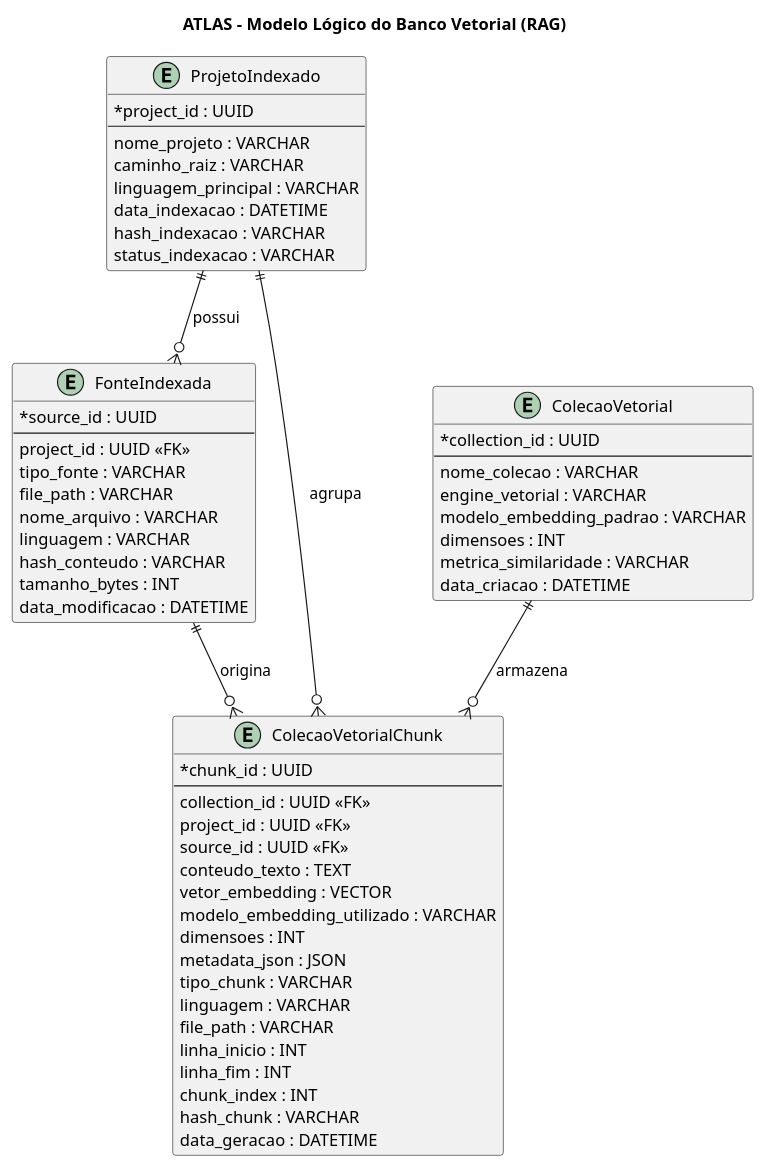
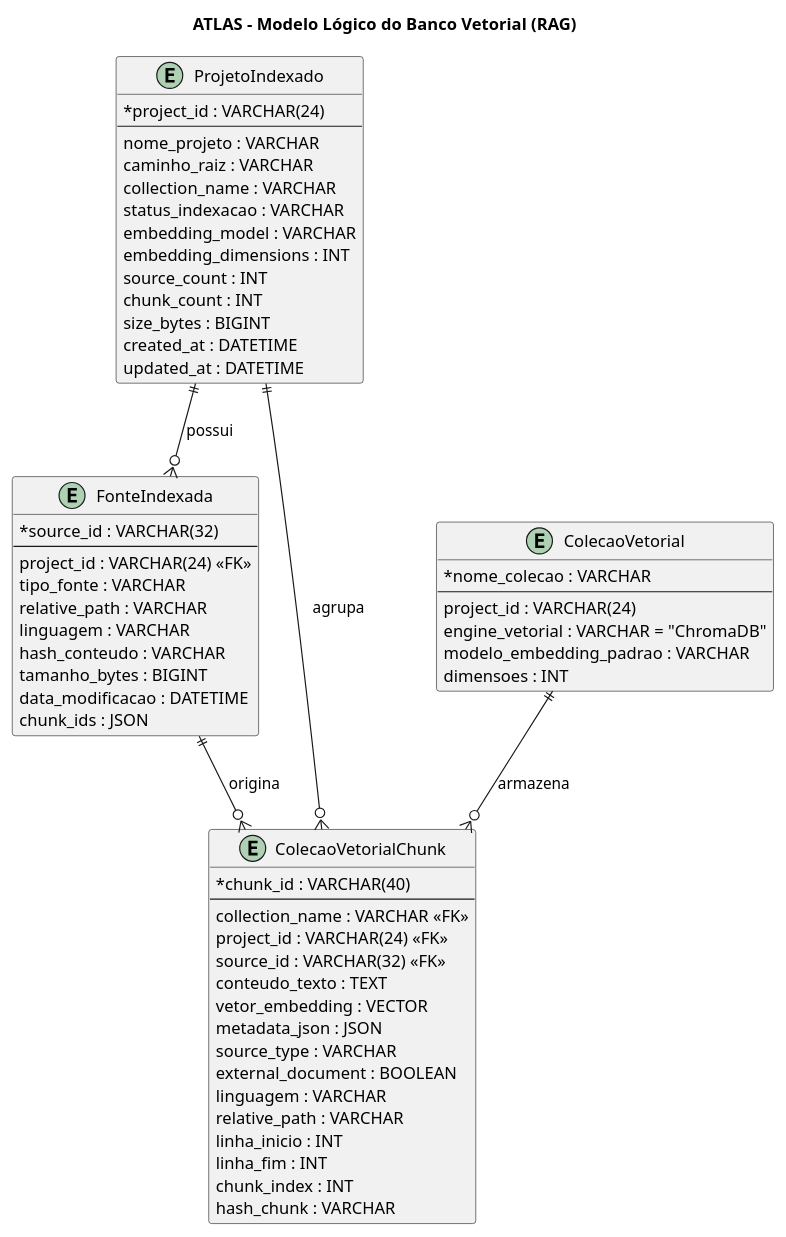
Before and after one commit to JVictorVI/ATLAS: the seventh of 7 diagrams in docs/plantuml-diagramas-gerais-atlas.md, drawn with PlantUML. The commit also changed other lines of this file and 22 other files, not shown here.

````diff
--- a/docs/plantuml-diagramas-gerais-atlas.md
+++ b/docs/plantuml-diagramas-gerais-atlas.md
@@ -745,69 +814,70 @@
 ```plantuml
 @startuml
 skinparam shadowing false
 skinparam classAttributeIconSize 0
 skinparam packageStyle rectangle
 title ATLAS - Modelo Lógico do Banco Vetorial (RAG)
 
 entity "ProjetoIndexado" as Projeto {
-  *project_id : UUID
+  *project_id : VARCHAR(24)
   --
   nome_projeto : VARCHAR
   caminho_raiz : VARCHAR
-  linguagem_principal : VARCHAR
-  data_indexacao : DATETIME
-  hash_indexacao : VARCHAR
+  collection_name : VARCHAR
   status_indexacao : VARCHAR
+  embedding_model : VARCHAR
+  embedding_dimensions : INT
+  source_count : INT
+  chunk_count : INT
+  size_bytes : BIGINT
+  created_at : DATETIME
+  updated_at : DATETIME
 }
 
 entity "FonteIndexada" as Fonte {
-  *source_id : UUID
+  *source_id : VARCHAR(32)
   --
-  project_id : UUID <<FK>>
+  project_id : VARCHAR(24) <<FK>>
   tipo_fonte : VARCHAR
-  file_path : VARCHAR
-  nome_arquivo : VARCHAR
+  relative_path : VARCHAR
   linguagem : VARCHAR
   hash_conteudo : VARCHAR
-  tamanho_bytes : INT
+  tamanho_bytes : BIGINT
   data_modificacao : DATETIME
+  chunk_ids : JSON
 }
 
 entity "ColecaoVetorial" as Colecao {
-  *collection_id : UUID
+  *nome_colecao : VARCHAR
   --
-  nome_colecao : VARCHAR
-  engine_vetorial : VARCHAR
+  project_id : VARCHAR(24)
+  engine_vetorial : VARCHAR = "ChromaDB"
   modelo_embedding_padrao : VARCHAR
   dimensoes : INT
-  metrica_similaridade : VARCHAR
-  data_criacao : DATETIME
 }
 
 entity "ColecaoVetorialChunk" as Chunk {
-  *chunk_id : UUID
+  *chunk_id : VARCHAR(40)
   --
-  collection_id : UUID <<FK>>
-  project_id : UUID <<FK>>
-  source_id : UUID <<FK>>
+  collection_name : VARCHAR <<FK>>
+  project_id : VARCHAR(24) <<FK>>
+  source_id : VARCHAR(32) <<FK>>
   conteudo_texto : TEXT
   vetor_embedding : VECTOR
-  modelo_embedding_utilizado : VARCHAR
-  dimensoes : INT
   metadata_json : JSON
-  tipo_chunk : VARCHAR
+  source_type : VARCHAR
+  external_document : BOOLEAN
   linguagem : VARCHAR
-  file_path : VARCHAR
+  relative_path : VARCHAR
   linha_inicio : INT
   linha_fim : INT
   chunk_index : INT
   hash_chunk : VARCHAR
-  data_geracao : DATETIME
 }
 
 Projeto ||--o{ Fonte : possui
 Fonte ||--o{ Chunk : origina
 Projeto ||--o{ Chunk : agrupa
 Colecao ||--o{ Chunk : armazena
 @enduml
 ```
````
